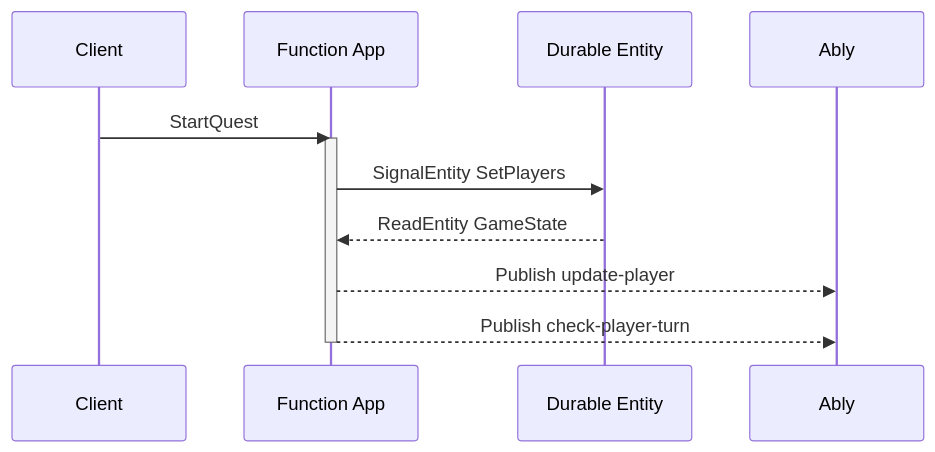
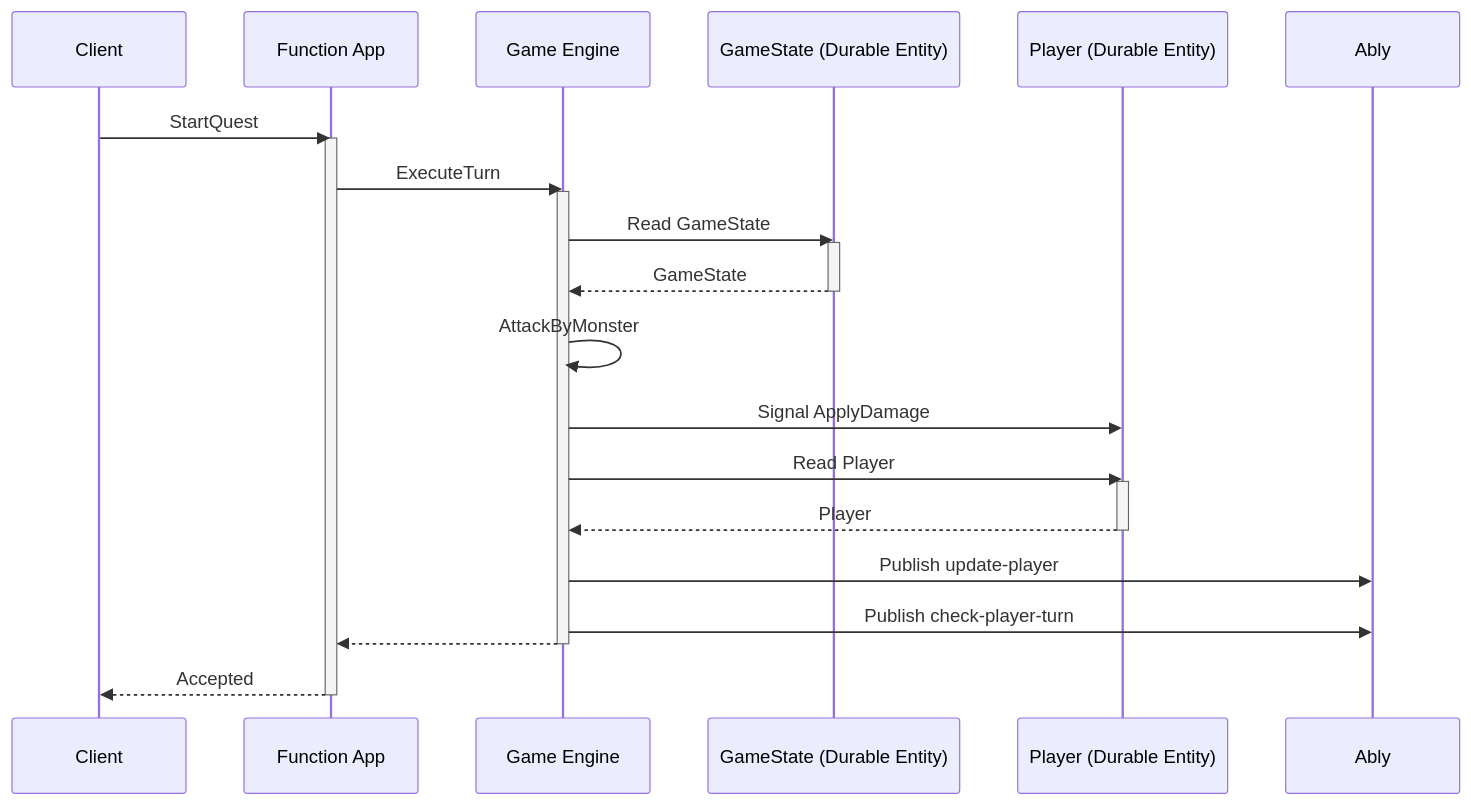
Before and after one commit to ably-labs/serverless-websockets-quest: the diagram in docs/StartQuest.mmd, drawn with Mermaid. The commit also changed 3 other files, not shown here.

Commit message:
Updated diagrams

```diff
--- a/docs/StartQuest.mmd
+++ b/docs/StartQuest.mmd
@@ -1,8 +1,21 @@
 sequenceDiagram
   Client ->> Function App: StartQuest
   activate Function App
-  Function App ->> Durable Entity: SignalEntity SetPlayers
-  Durable Entity -->> Function App: ReadEntity GameState
-  Function App -->> Ably: Publish update-player
-  Function App -->> Ably: Publish check-player-turn
+  Function App ->> Game Engine: ExecuteTurn
+  activate Game Engine
+  Game Engine ->> GameState (Durable Entity): Read GameState
+  activate GameState (Durable Entity)
+  GameState (Durable Entity) -->> Game Engine: GameState
+  deactivate GameState (Durable Entity)
+  Game Engine ->> Game Engine: AttackByMonster
+  Game Engine ->> Player (Durable Entity): Signal ApplyDamage
+  Game Engine ->> Player (Durable Entity): Read Player
+  activate Player (Durable Entity)
+  Player (Durable Entity) -->> Game Engine: Player
+  deactivate Player (Durable Entity)
+  Game Engine ->> Ably: Publish update-player
+  Game Engine ->> Ably: Publish check-player-turn
+  Game Engine -->> Function App:
+  deactivate Game Engine
+  Function App -->> Client: Accepted
   deactivate Function App
```
